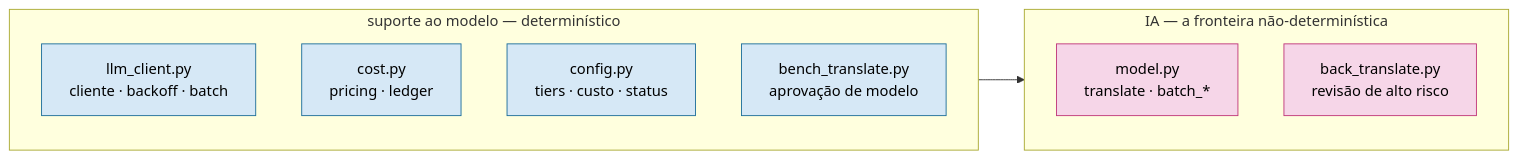
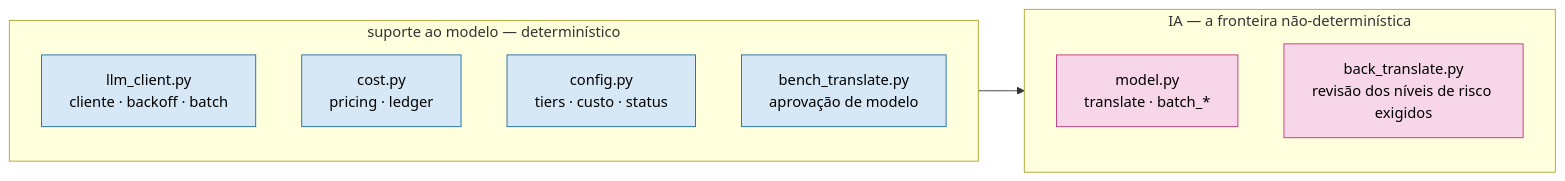
One commit to scudellerlemos/translation-cognition-framework changed the diagram in framework/runtime/README.md. Above: the diagram before and after it, drawn with Mermaid. The commit also changed other lines of this file and 28 other files, not shown here.

````diff
--- a/framework/runtime/README.md
+++ b/framework/runtime/README.md
@@ -42,16 +42,16 @@
 ```mermaid
 flowchart LR
   subgraph ia["IA — a fronteira não-determinística"]
     tr["model.py<br/>translate · batch_*"]:::a
-    bt["back_translate.py<br/>revisão de alto risco"]:::a
+    bt["back_translate.py<br/>revisão dos níveis de risco exigidos"]:::a
   end
   subgraph det["suporte ao modelo — determinístico"]
     client["llm_client.py<br/>cliente · backoff · batch"]:::d
     cost["cost.py<br/>pricing · ledger"]:::d
     cfg["config.py<br/>tiers · custo · status"]:::d
     bench["bench_translate.py<br/>aprovação de modelo"]:::d
   end
   det --> ia
   classDef a fill:#f6d6e8,stroke:#c0397b,color:#000;
   classDef d fill:#d6e8f6,stroke:#1f6f9b,color:#000;
 ```
````
